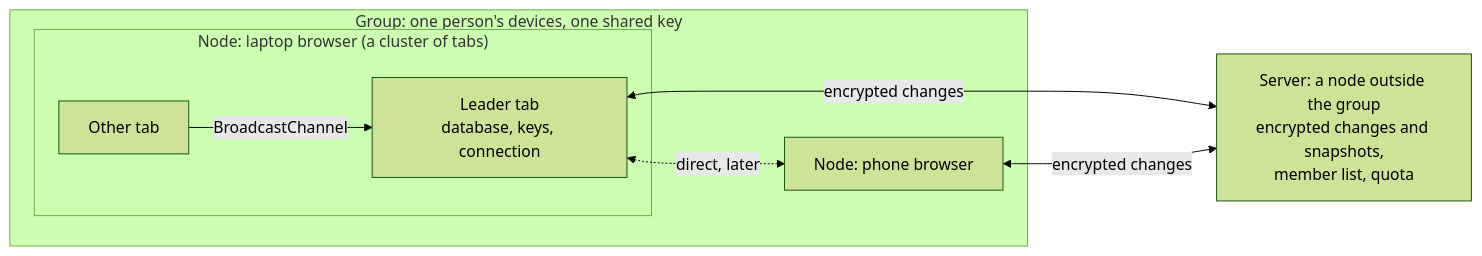
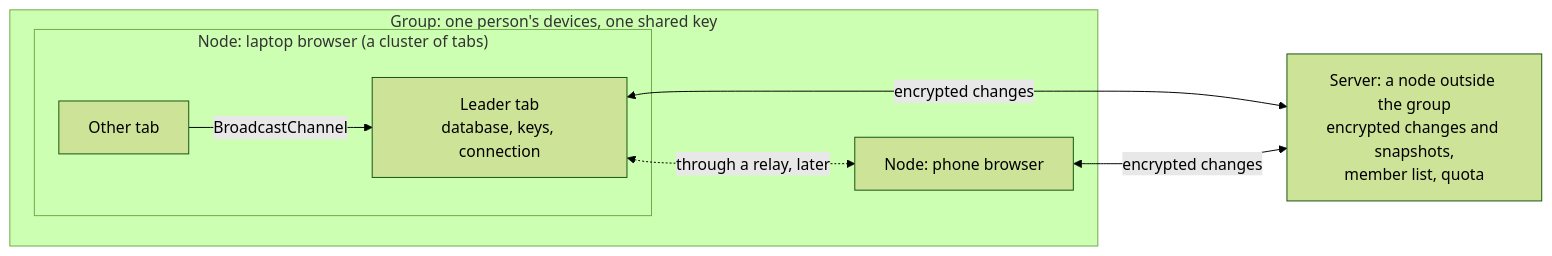
Before and after one commit to SantaClaas/week-budget-planner: the diagram in docs/spec/network.md, drawn with Mermaid (forest theme). The commit also changed other lines of this file, not shown here.

````diff
--- a/docs/spec/network.md
+++ b/docs/spec/network.md
@@ -30,15 +30,15 @@
 ```mermaid
 flowchart LR
   subgraph group["Group: one person's devices, one shared key"]
     subgraph laptop["Node: laptop browser (a cluster of tabs)"]
       leader["Leader tab<br/>database, keys, connection"]
       follower["Other tab"]
       follower -- "BroadcastChannel" --> leader
     end
     phone["Node: phone browser"]
   end
   server["Server: a node outside the group<br/>encrypted changes and snapshots,<br/>member list, quota"]
   leader <-- "encrypted changes" --> server
   phone <-- "encrypted changes" --> server
-  leader <-. "direct, later" .-> phone
+  leader <-. "through a relay, later" .-> phone
 ```
````
